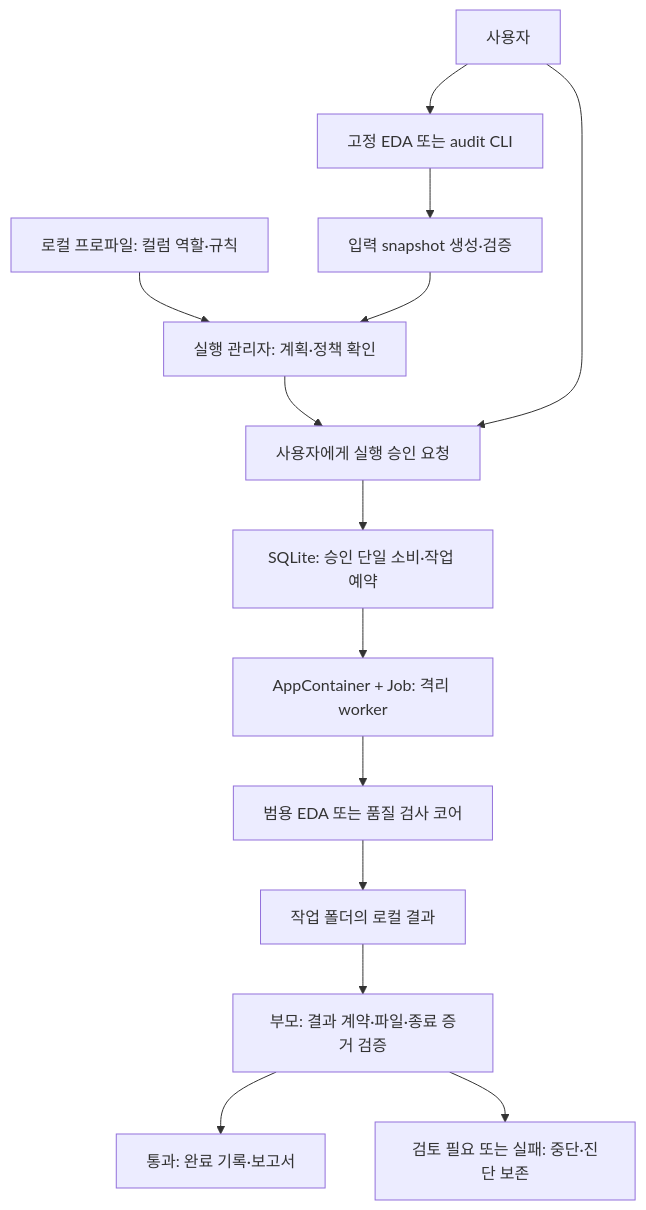
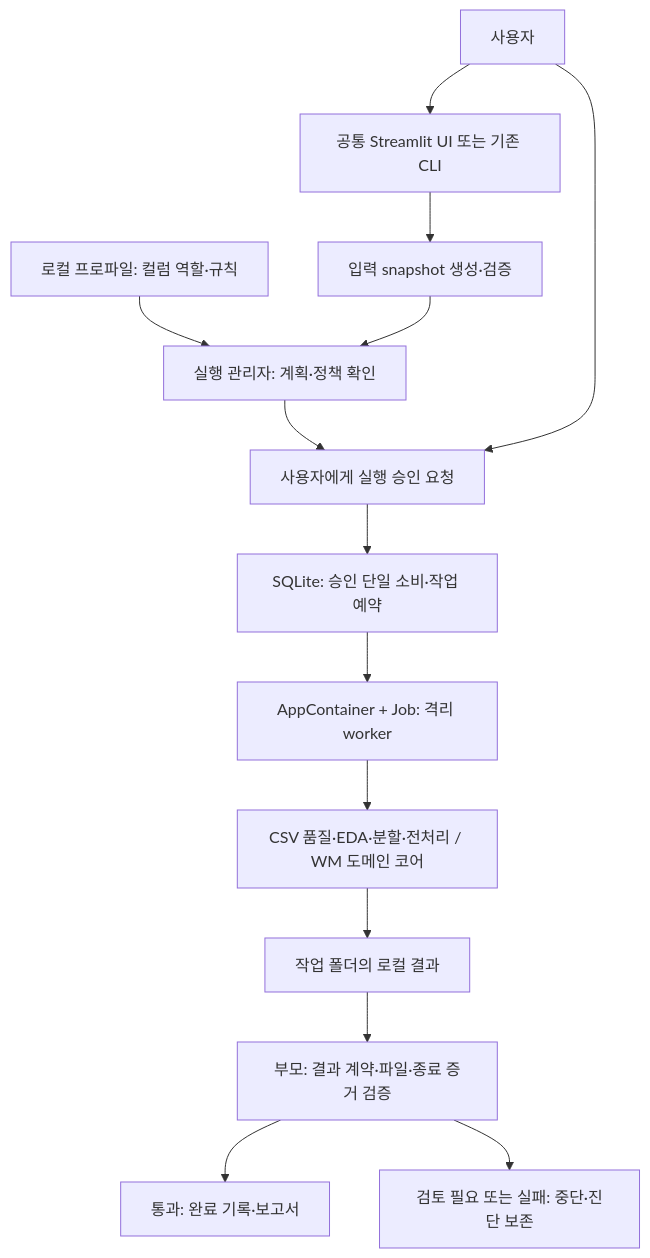
The first of 2 diagrams in docs/agents/ARCHITECTURE.md (didgustmd23/waferguard), drawn with Mermaid before and after one commit. The commit also changed other lines of this file and 111 other files, not shown here.

````diff
--- a/docs/agents/ARCHITECTURE.md
+++ b/docs/agents/ARCHITECTURE.md
@@ -31,16 +34,16 @@
 ```mermaid
 flowchart TD
-    U[사용자] --> C[고정 EDA 또는 audit CLI]
+    U[사용자] --> C[공통 Streamlit UI 또는 기존 CLI]
     C --> S[입력 snapshot 생성·검증]
     P[로컬 프로파일: 컬럼 역할·규칙] --> E[실행 관리자: 계획·정책 확인]
     S --> E
     E --> A[사용자에게 실행 승인 요청]
     U --> A
     A --> D[SQLite: 승인 단일 소비·작업 예약]
     D --> W[AppContainer + Job: 격리 worker]
-    W --> K[범용 EDA 또는 품질 검사 코어]
+    W --> K[CSV 품질·EDA·분할·전처리 / WM 도메인 코어]
     K --> O[작업 폴더의 로컬 결과]
     O --> V[부모: 결과 계약·파일·종료 증거 검증]
     V --> R[통과: 완료 기록·보고서]
     V --> B[검토 필요 또는 실패: 중단·진단 보존]
 ```
````
